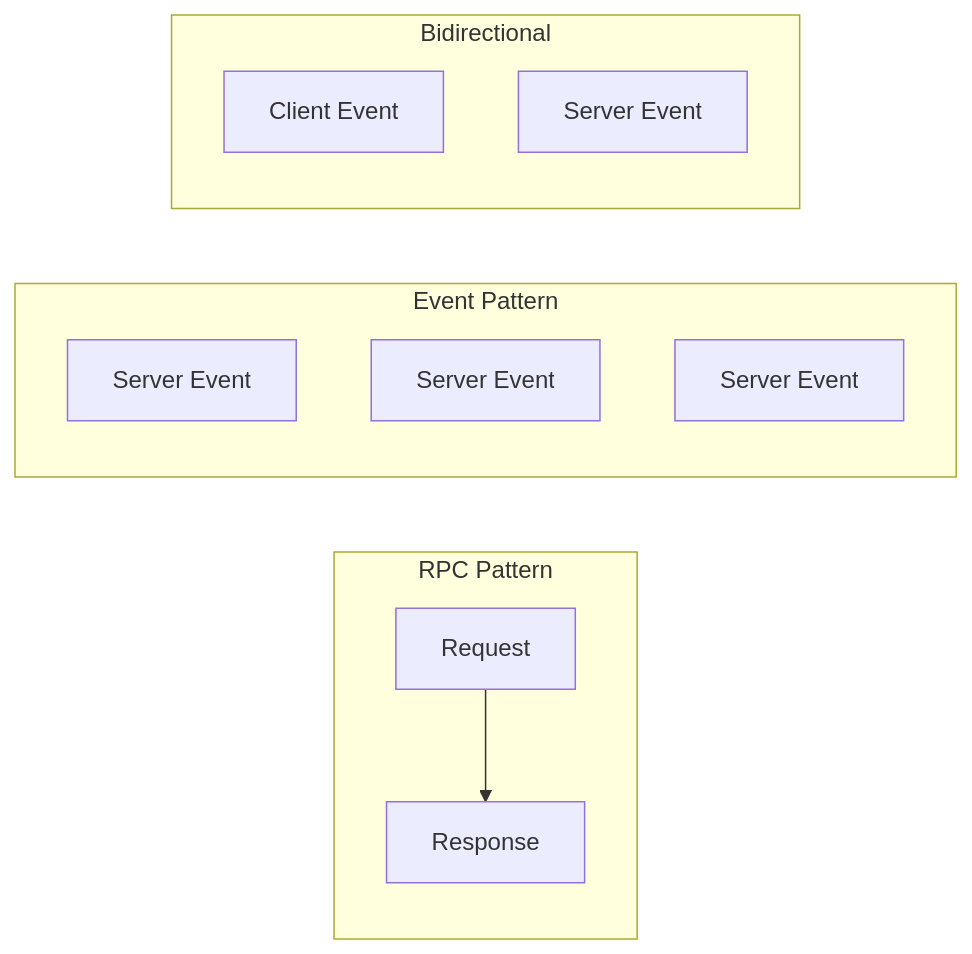
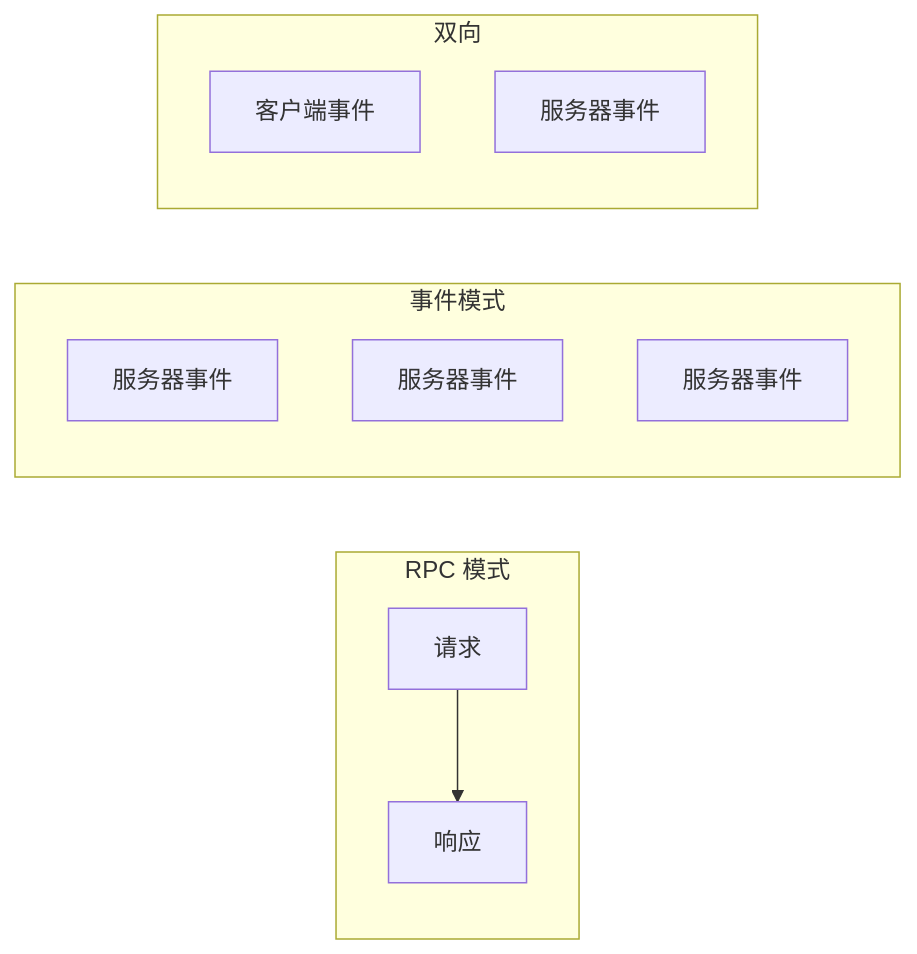
The first of 3 diagrams in docs/zh/architecture-book/part-4-gateway-protocol/04-events-and-rpc.md (a576378368/openclaw_docs), drawn with Mermaid before and after one commit. The commit also changed other lines of this file and 4 other files, not shown here.

````diff
--- a/docs/zh/architecture-book/part-4-gateway-protocol/04-events-and-rpc.md
+++ b/docs/zh/architecture-book/part-4-gateway-protocol/04-events-and-rpc.md
@@ -17,19 +17,19 @@
 ```mermaid
 flowchart LR
-    subgraph RPC["RPC Pattern"]
-        R1[Request]
-        R2[Response]
+    subgraph RPC["RPC 模式"]
+        R1[请求]
+        R2[响应]
         R1 --> R2
     end
 
-    subgraph Events["Event Pattern"]
-        E1[Server Event]
-        E2[Server Event]
-        E3[Server Event]
+    subgraph Events["事件模式"]
+        E1[服务器事件]
+        E2[服务器事件]
+        E3[服务器事件]
     end
 
-    subgraph BiDir["Bidirectional"]
-        B1[Client Event]
-        B2[Server Event]
+    subgraph BiDir["双向"]
+        B1[客户端事件]
+        B2[服务器事件]
     end
 ```
````
